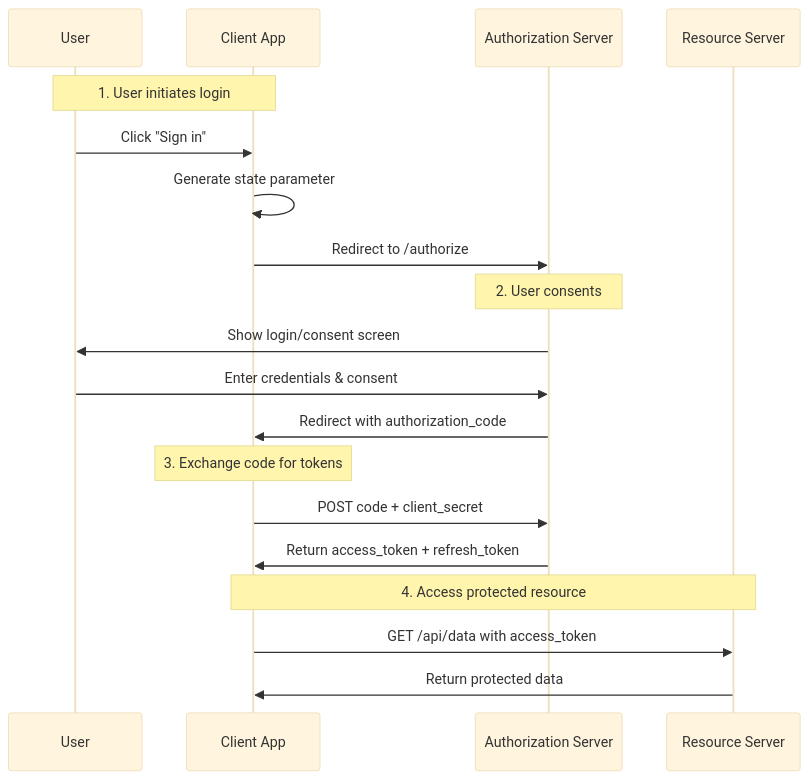
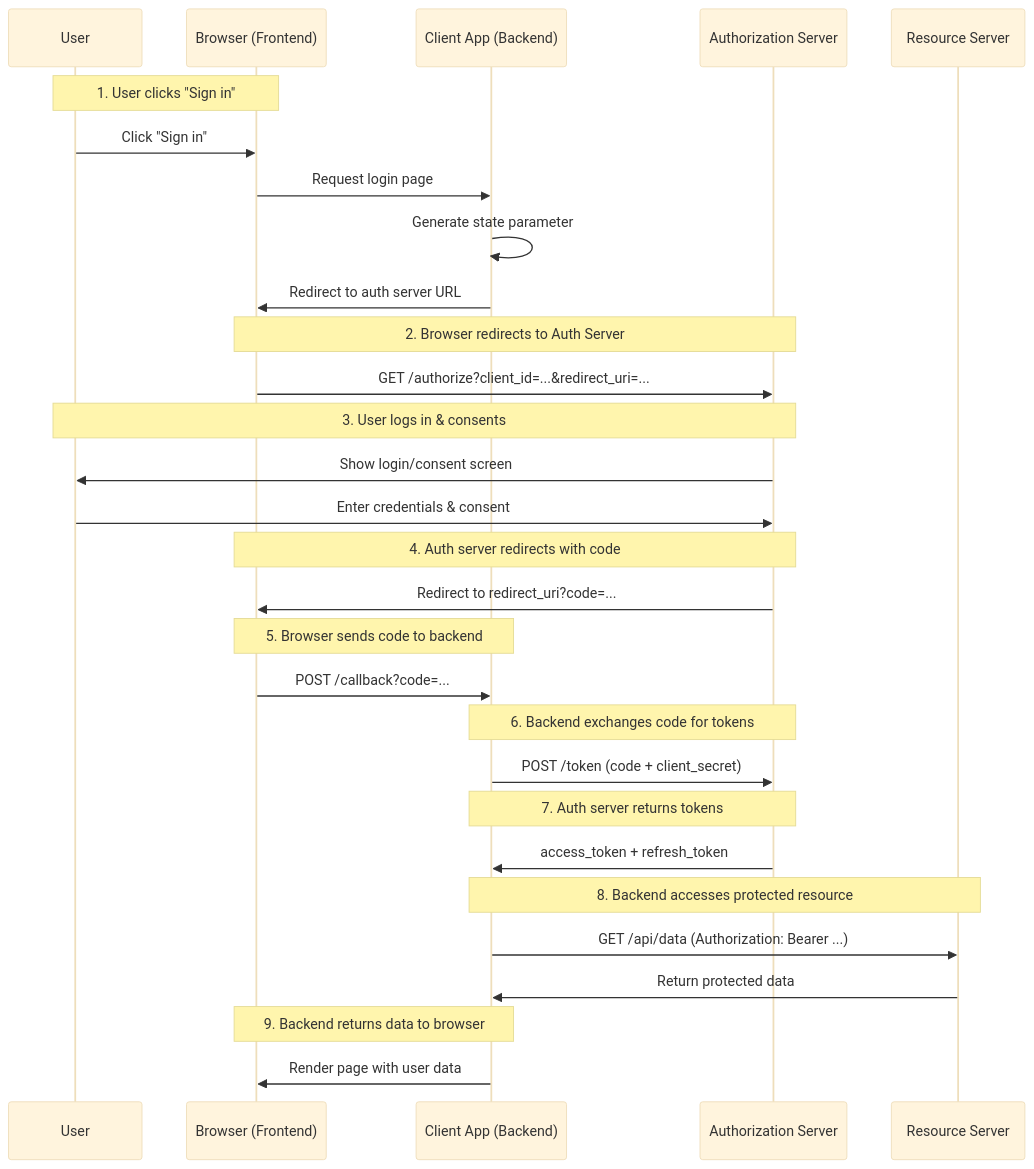
The first of 3 diagrams in Authorization-Code-Flow.md (arvindwaiker/OAuth), drawn with Mermaid (base theme) before and after one commit. The commit also changed other lines of this file and 5 other files, not shown here.

````diff
--- a/Authorization-Code-Flow.md
+++ b/Authorization-Code-Flow.md
@@ -30,22 +30,40 @@
 ```mermaid
 sequenceDiagram
     participant User
-    participant Client as Client App
+    participant Browser as Browser (Frontend)
+    participant ClientApp as Client App (Backend)
     participant AuthServer as Authorization Server
     participant ResourceServer as Resource Server
 
-    Note over User,Client: 1. User initiates login
-    User->>Client: Click "Sign in"
-    Client->>Client: Generate state parameter
-    Client->>AuthServer: Redirect to /authorize
-    Note over AuthServer: 2. User consents
+    Note over User,Browser: 1. User clicks "Sign in"
+    User->>Browser: Click "Sign in"
+    Browser->>ClientApp: Request login page
+    ClientApp->>ClientApp: Generate state parameter
+    ClientApp->>Browser: Redirect to auth server URL
+
+    Note over Browser,AuthServer: 2. Browser redirects to Auth Server
+    Browser->>AuthServer: GET /authorize?client_id=...&redirect_uri=...
+
+    Note over AuthServer,User: 3. User logs in & consents
     AuthServer->>User: Show login/consent screen
     User->>AuthServer: Enter credentials & consent
-    AuthServer->>Client: Redirect with authorization_code
-    Note over Client: 3. Exchange code for tokens
-    Client->>AuthServer: POST code + client_secret
-    AuthServer->>Client: Return access_token + refresh_token
-    Note over Client,ResourceServer: 4. Access protected resource
-    Client->>ResourceServer: GET /api/data with access_token
-    ResourceServer->>Client: Return protected data
+
+    Note over AuthServer,Browser: 4. Auth server redirects with code
+    AuthServer->>Browser: Redirect to redirect_uri?code=...
+
+    Note over Browser,ClientApp: 5. Browser sends code to backend
+    Browser->>ClientApp: POST /callback?code=...
+
+    Note over ClientApp,AuthServer: 6. Backend exchanges code for tokens
+    ClientApp->>AuthServer: POST /token (code + client_secret)
+
+    Note over AuthServer,ClientApp: 7. Auth server returns tokens
+    AuthServer->>ClientApp: access_token + refresh_token
+
+    Note over ClientApp,ResourceServer: 8. Backend accesses protected resource
+    ClientApp->>ResourceServer: GET /api/data (Authorization: Bearer ...)
+    ResourceServer->>ClientApp: Return protected data
+
+    Note over Browser,ClientApp: 9. Backend returns data to browser
+    ClientApp->>Browser: Render page with user data
 ```
````
